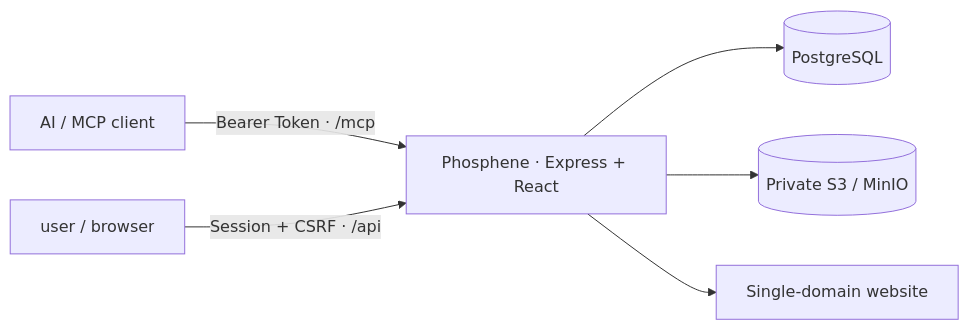
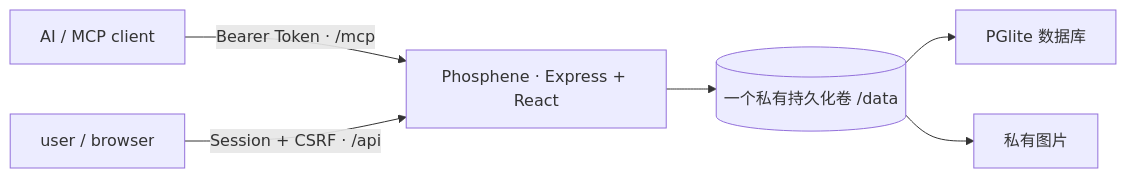
One commit to 3lmglow/Phosphene changed the diagram in README.md. Above: the diagram before and after it, drawn with Mermaid. The commit also changed other lines of this file and 24 other files, not shown here.

````diff
--- a/README.md
+++ b/README.md
@@ -33,8 +32,8 @@
 ```mermaid
 flowchart LR
   AI["AI / MCP client"] -->|"Bearer Token · /mcp"| APP["Phosphene · Express + React"]
   USER["user / browser"] -->|"Session + CSRF · /api"| APP
-  APP --> PG[("PostgreSQL")]
-  APP --> S3[("Private S3 / MinIO")]
-  APP --> WEB["Single-domain website"]
+  APP --> DATA[("一个私有持久化卷 /data")]
+  DATA --> DB["PGlite 数据库"]
+  DATA --> IMG["私有图片"]
 ```
````
